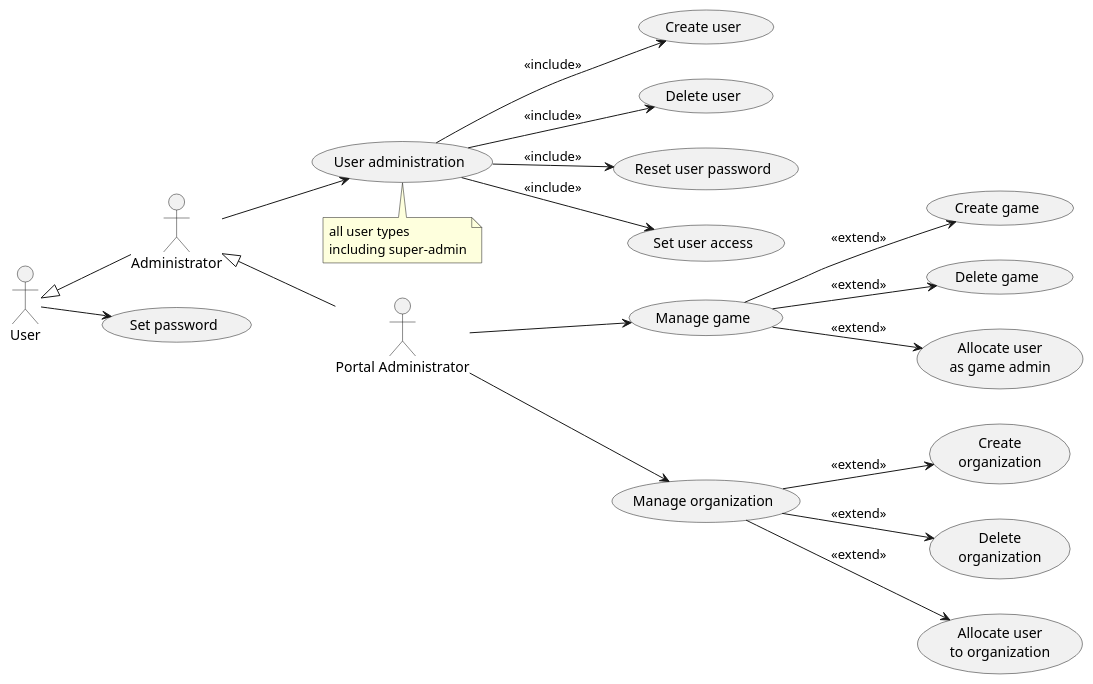
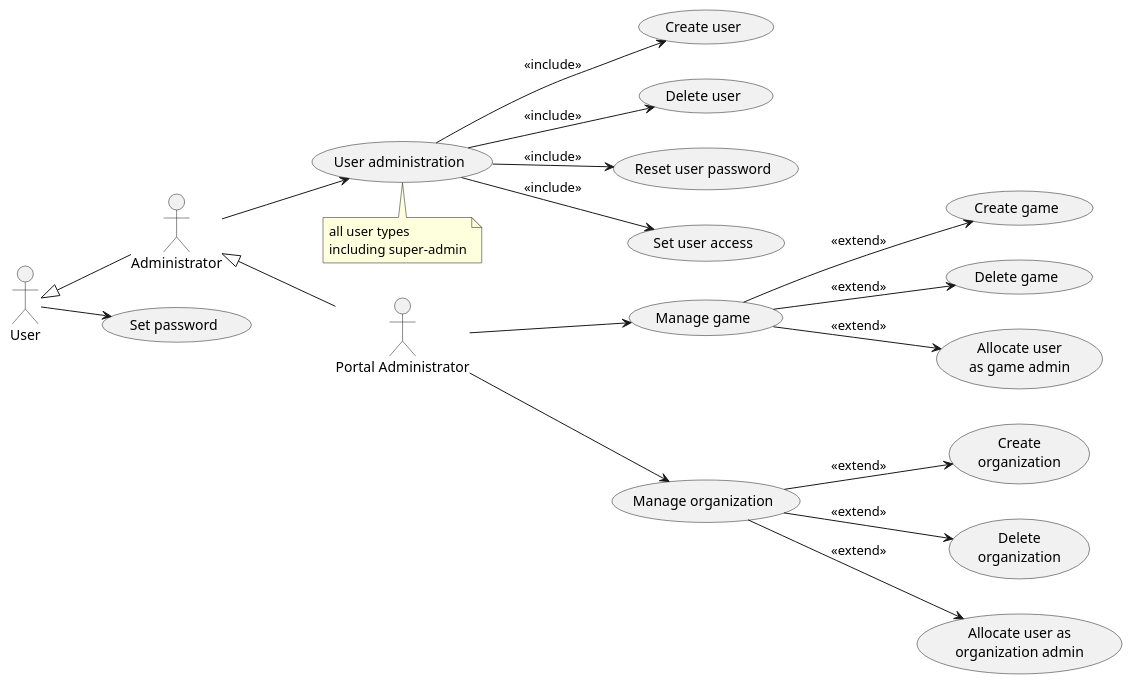
The diagram in doc/1-use-cases/diagrams/portal-administration.puml (averbraeck/gscg-design), drawn with PlantUML before and after one commit.

Commit message:
Small change in wording for organisation user -> organization admin

```diff
--- a/doc/1-use-cases/diagrams/portal-administration.puml
+++ b/doc/1-use-cases/diagrams/portal-administration.puml
@@ -1,31 +1,31 @@
 @startuml
 left to right direction
 
 "Portal Administrator" as PA
 User <|-- Administrator
 Administrator <|-- PA
 
 User --> (Set password)
 
 Administrator --> (User administration)
 note bottom
   all user types
   including super-admin
 end note
 
 (User administration) --> (Create user) : << include >>
 (User administration) --> (Delete user) : << include >>
 (User administration) --> (Reset user password) : << include >>
 (User administration) --> (Set user access) : << include >>
 
 PA --> (Manage game)
 (Manage game) --> (Create game) : << extend >>
 (Manage game) --> (Delete game) : << extend >>
 (Manage game) --> (Allocate user\nas game admin) : << extend >>
 
 PA --> (Manage organization)
 (Manage organization) --> (Create\norganization) : << extend >>
 (Manage organization) --> (Delete\norganization) : << extend >>
-(Manage organization) --> (Allocate user\nto organization) : << extend >>
+(Manage organization) --> (Allocate user as\norganization admin) : << extend >>
 
 @enduml
```
